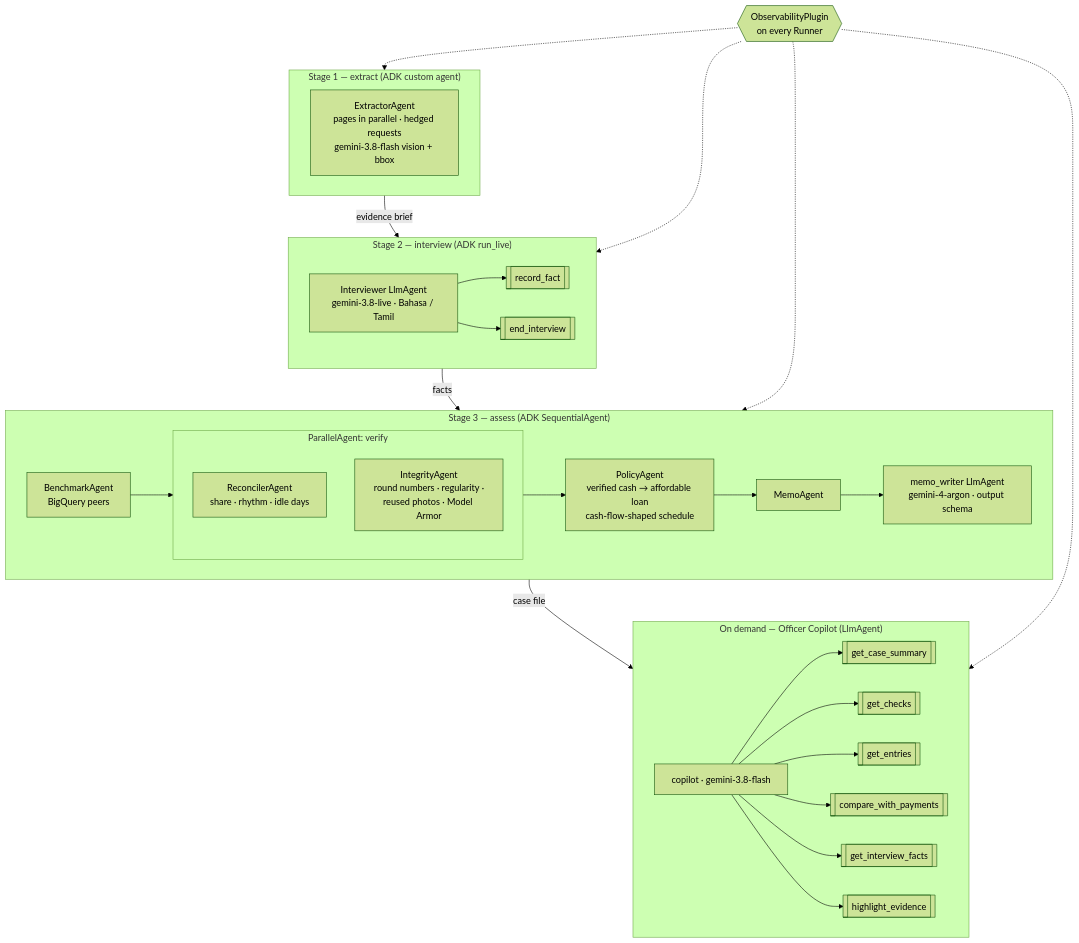
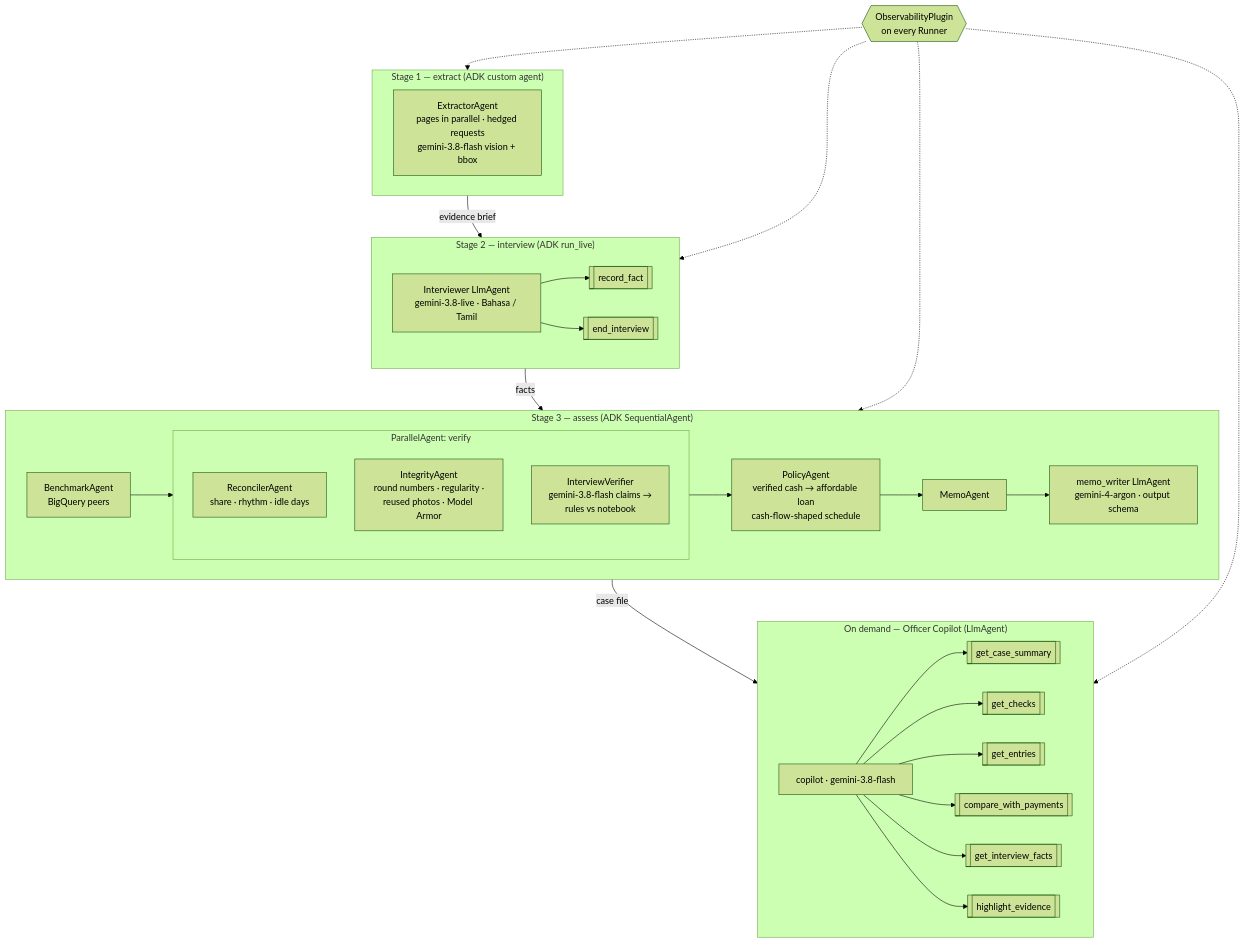
The fifth of 9 diagrams in docs/ARCHITECTURE.md (AgentsBakery/Bukti), drawn with Mermaid (forest theme) before and after one commit. The commit also changed other lines of this file and 14 other files, not shown here.

````diff
--- a/docs/ARCHITECTURE.md
+++ b/docs/ARCHITECTURE.md
@@ -135,31 +135,32 @@
 ```mermaid
 flowchart TB
   subgraph EXTRACT["Stage 1 — extract (ADK custom agent)"]
     X[ExtractorAgent<br/>pages in parallel · hedged requests<br/>gemini-3.8-flash vision + bbox]
   end
   subgraph INTERVIEW["Stage 2 — interview (ADK run_live)"]
     I[Interviewer LlmAgent<br/>gemini-3.8-live · Bahasa / Tamil]
     T1[[record_fact]]
     T2[[end_interview]]
     I --> T1 & T2
   end
   subgraph ASSESS["Stage 3 — assess (ADK SequentialAgent)"]
     BM[BenchmarkAgent<br/>BigQuery peers] --> PAR
     subgraph PAR["ParallelAgent: verify"]
       RC[ReconcilerAgent<br/>share · rhythm · idle days]
       IG[IntegrityAgent<br/>round numbers · regularity ·<br/>reused photos · Model Armor]
+      VF[InterviewVerifier<br/>gemini-3.8-flash claims →<br/>rules vs notebook]
     end
     PAR --> PO[PolicyAgent<br/>verified cash → affordable loan<br/>cash-flow-shaped schedule]
     PO --> ME[MemoAgent]
     ME --> MW[memo_writer LlmAgent<br/>gemini-4-argon · output schema]
   end
   subgraph COPILOT["On demand — Officer Copilot (LlmAgent)"]
     C[copilot · gemini-3.8-flash]
     C --> CT1[[get_case_summary]] & CT2[[get_checks]] & CT3[[get_entries]]
     C --> CT4[[compare_with_payments]] & CT5[[get_interview_facts]] & CT6[[highlight_evidence]]
   end
   EXTRACT -->|evidence brief| INTERVIEW
   INTERVIEW -->|facts| ASSESS
   ASSESS -->|case file| COPILOT
   PLUG{{ObservabilityPlugin<br/>on every Runner}} -.-> EXTRACT & INTERVIEW & ASSESS & COPILOT
 ```
````
